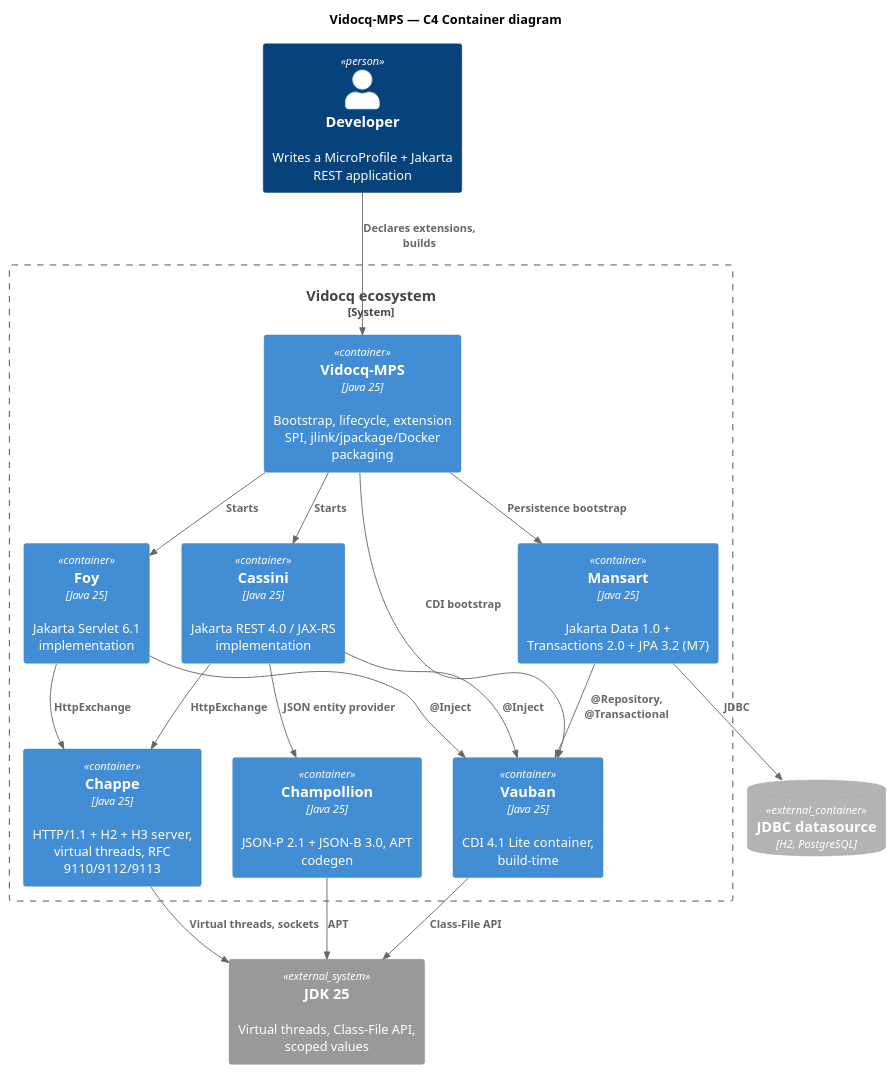
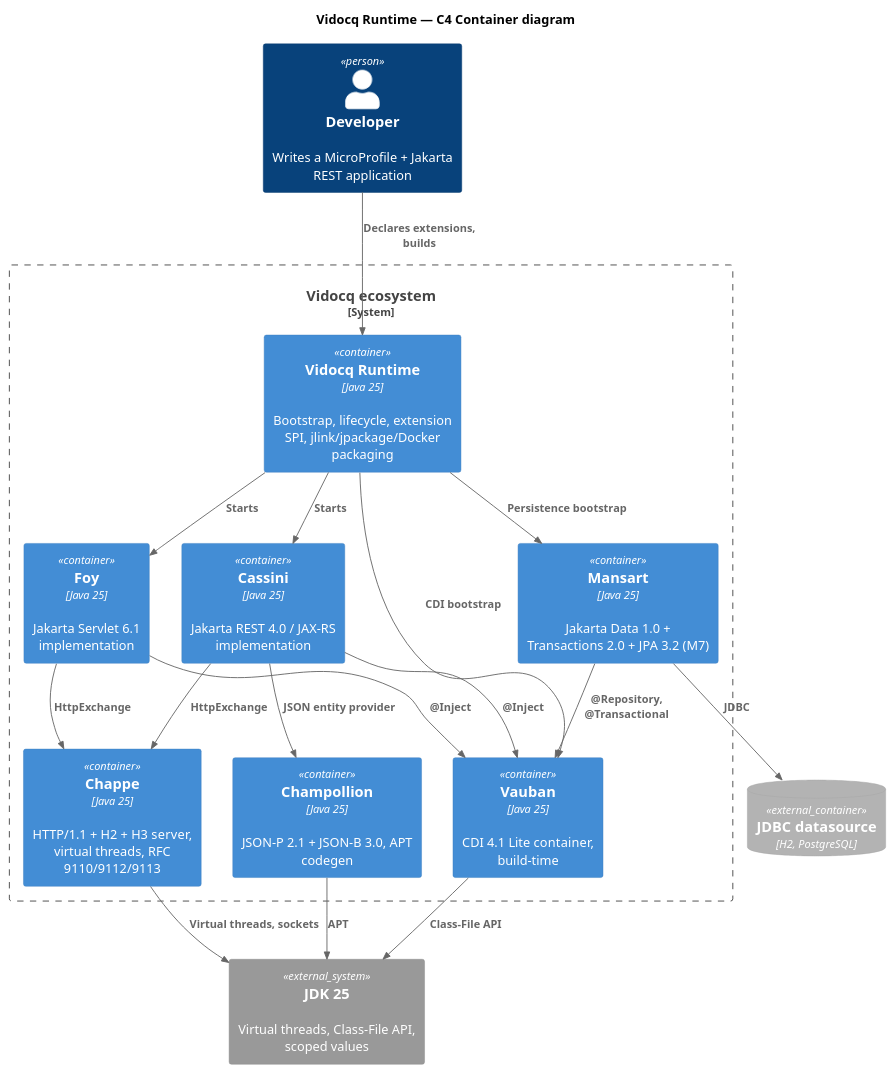
One commit to vidocq-stack/vidocq-docs changed the first of 2 diagrams in content/home-en/modules/ROOT/pages/architecture.adoc. Above: the diagram before and after it, drawn with PlantUML. The commit also changed other lines of this file and 11 other files, not shown here.

Commit message:
docs: rename vidocq-mps → vidocq (Vidocq Runtime)

```diff
--- a/content/home-en/modules/ROOT/pages/architecture.adoc
+++ b/content/home-en/modules/ROOT/pages/architecture.adoc
@@ -9,43 +9,43 @@
 [plantuml]
 ....
 @startuml
 !include <C4/C4_Container>
 
-title Vidocq-MPS — C4 Container diagram
+title Vidocq Runtime — C4 Container diagram
 
 Person(dev, "Developer", "Writes a MicroProfile + Jakarta REST application")
 System_Ext(jdk, "JDK 25", "Virtual threads, Class-File API, scoped values")
 
 System_Boundary(vidocq, "Vidocq ecosystem") {
-  Container(mps, "Vidocq-MPS", "Java 25", "Bootstrap, lifecycle, extension SPI, jlink/jpackage/Docker packaging")
+  Container(mps, "Vidocq Runtime", "Java 25", "Bootstrap, lifecycle, extension SPI, jlink/jpackage/Docker packaging")
 
   Container(chappe, "Chappe", "Java 25", "HTTP/1.1 + H2 + H3 server, virtual threads, RFC 9110/9112/9113")
   Container(foy, "Foy", "Java 25", "Jakarta Servlet 6.1 implementation")
   Container(cassini, "Cassini", "Java 25", "Jakarta REST 4.0 / JAX-RS implementation")
   Container(vauban, "Vauban", "Java 25", "CDI 4.1 Lite container, build-time")
   Container(champollion, "Champollion", "Java 25", "JSON-P 2.1 + JSON-B 3.0, APT codegen")
   Container(mansart, "Mansart", "Java 25", "Jakarta Data 1.0 + Transactions 2.0 + JPA 3.2 (M7)")
 }
 
 ContainerDb_Ext(db, "JDBC datasource", "H2, PostgreSQL")
 
 Rel(dev, mps, "Declares extensions, builds")
 Rel(mps, cassini, "Starts")
 Rel(mps, foy, "Starts")
 Rel(mps, vauban, "CDI bootstrap")
 Rel(mps, mansart, "Persistence bootstrap")
 
 Rel(cassini, chappe, "HttpExchange")
 Rel(foy, chappe, "HttpExchange")
 Rel(cassini, champollion, "JSON entity provider")
 Rel(cassini, vauban, "@Inject")
 Rel(foy, vauban, "@Inject")
 Rel(mansart, vauban, "@Repository, @Transactional")
 Rel(mansart, db, "JDBC")
 
 Rel(chappe, jdk, "Virtual threads, sockets")
 Rel(vauban, jdk, "Class-File API")
 Rel(champollion, jdk, "APT")
 
 @enduml
 ....
```
